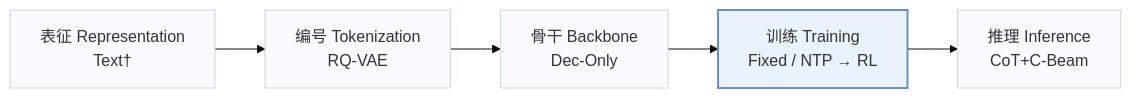
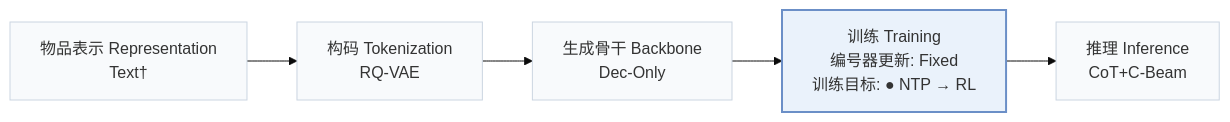
One commit to Galaxy-ghost/Awesome-SID-Generative-Rec changed the first of 2 diagrams in pages/zh/papers/retrieval-grounded-credit.md. Above: the diagram before and after it, drawn with Mermaid (base theme). The commit also changed other lines of this file and 558 other files, not shown here.

````diff
--- a/pages/zh/papers/retrieval-grounded-credit.md
+++ b/pages/zh/papers/retrieval-grounded-credit.md
@@ -15,8 +18,8 @@
 ```mermaid
 flowchart LR
-    R["表征 Representation<br/>Text†"] --> T["编号 Tokenization<br/>RQ-VAE"] --> B["骨干 Backbone<br/>Dec-Only"] --> TR["训练 Training<br/>Fixed / NTP → RL"] --> I["推理 Inference<br/>CoT+C-Beam"]
+    R["物品表示 Representation<br/>Text†"] --> T["构码 Tokenization<br/>RQ-VAE"] --> B["生成骨干 Backbone<br/>Dec-Only"] --> TR["训练 Training<br/>编号器更新: Fixed<br/>训练目标: ● NTP → RL"] --> I["推理 Inference<br/>CoT+C-Beam"]
     classDef base fill:#f8fafc,stroke:#cbd5e1
     class R,T,B,TR,I base
     classDef main fill:#eaf2fb,stroke:#6b8fc7,stroke-width:2px
     class TR main
 ```
````
